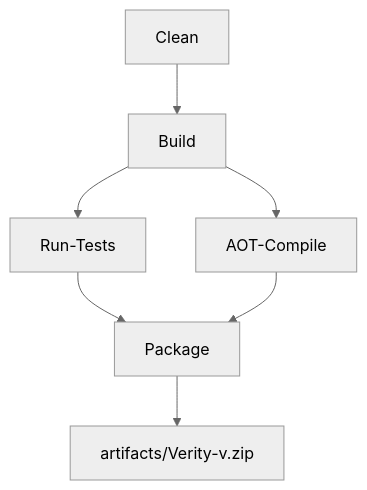
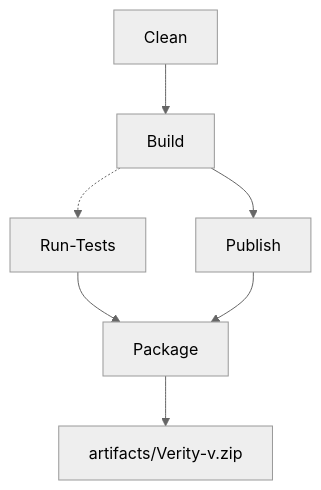
One commit to lstefano71/Verity changed the diagram in docs/Wiki/14. Building From Source.md. Above: the diagram before and after it, drawn with Mermaid (neutral theme). The commit also changed other lines of this file and 18 other files, not shown here.

Commit message:
docs: update wiki and PRD for single-file packaging, .NET 10 and new elevation flow

````diff
--- a/docs/Wiki/14. Building From Source.md
+++ b/docs/Wiki/14. Building From Source.md
@@ -146,9 +146,9 @@
 ```mermaid
 flowchart TD
 A["Clean"] --> B["Build"]
-B --> C["Run-Tests"]
-B --> D["AOT-Compile"]
+B --> D["Publish"]
+B -.-> C["Run-Tests"]
 C --> E["Package"]
 D --> E
 E --> F["artifacts/Verity-v<version>.zip"]
 ```
````
